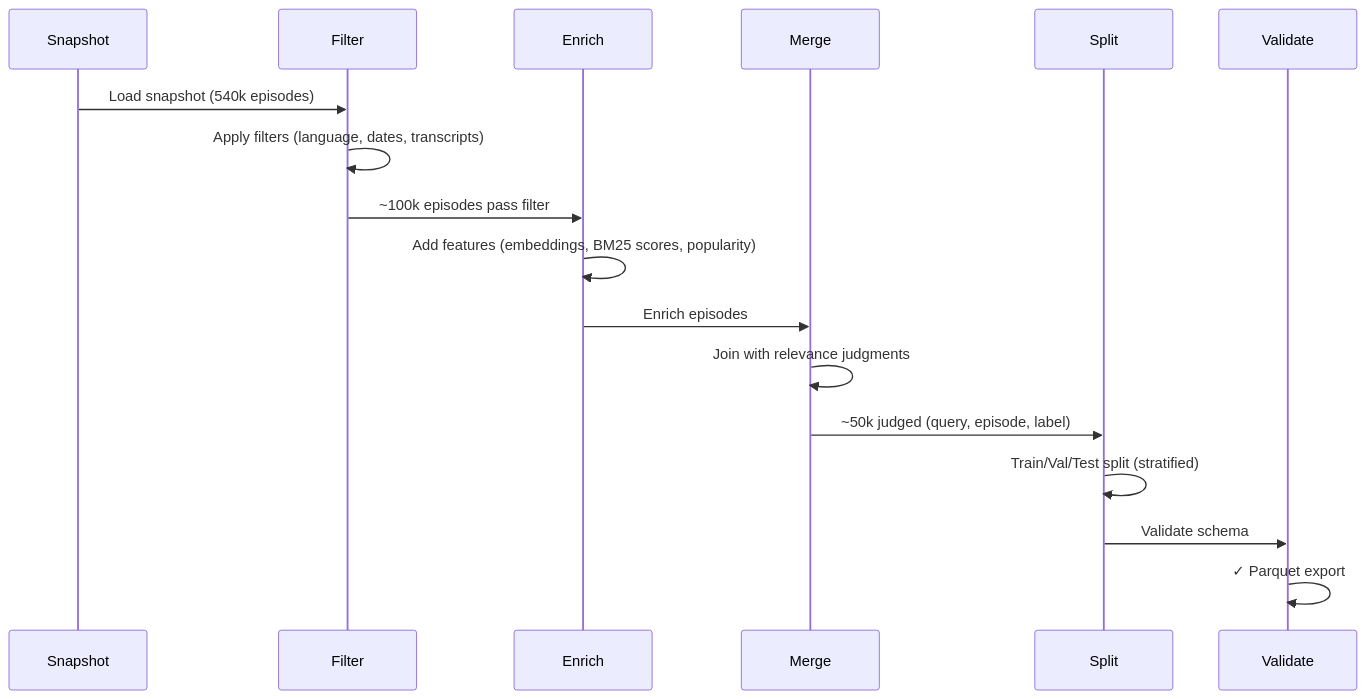
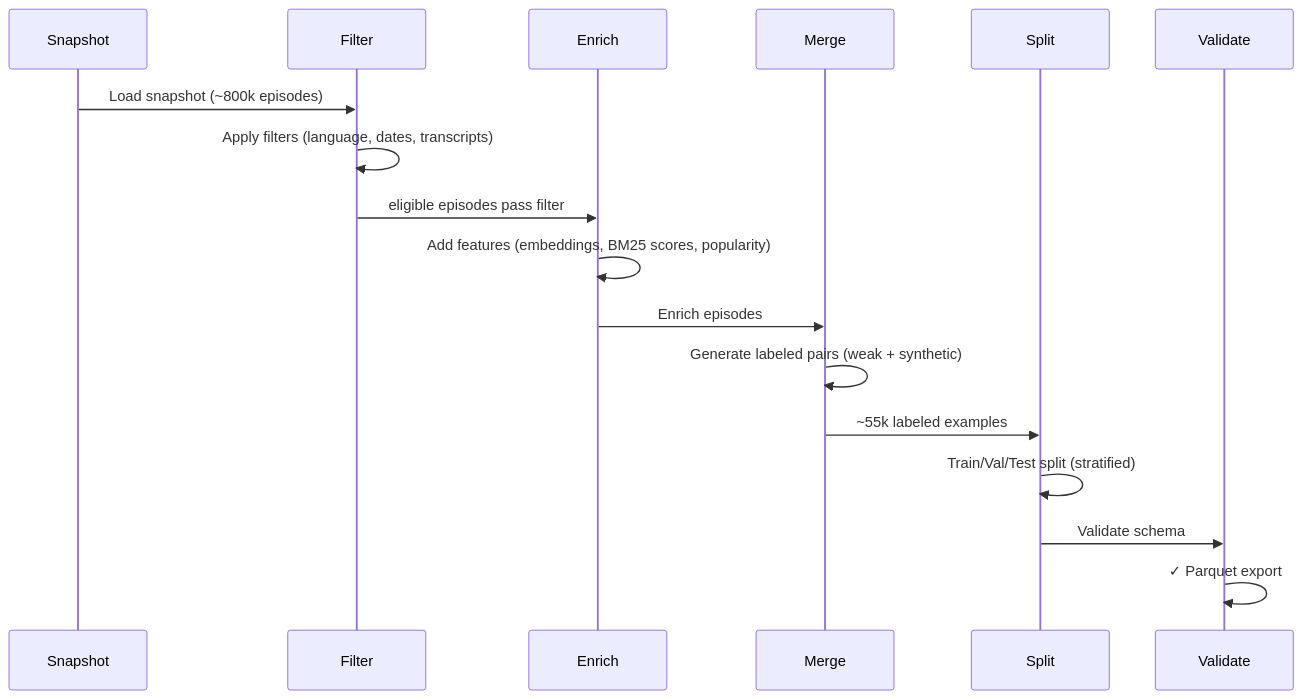
The second of 4 diagrams in docs/03-data-pipeline.md (poornanat1/podcast-retrieval), drawn with Mermaid before and after one commit. The commit also changed other lines of this file and 13 other files, not shown here.

````diff
--- a/docs/03-data-pipeline.md
+++ b/docs/03-data-pipeline.md
@@ -52,20 +52,20 @@
 ```mermaid
 sequenceDiagram
     participant Snapshot
     participant Filter
     participant Enrich
     participant Merge
     participant Split
     participant Validate
 
-    Snapshot->>Filter: Load snapshot (540k episodes)
+    Snapshot->>Filter: Load snapshot (~800k episodes)
     Filter->>Filter: Apply filters (language, dates, transcripts)
-    Filter->>Enrich: ~100k episodes pass filter
+    Filter->>Enrich: eligible episodes pass filter
     Enrich->>Enrich: Add features (embeddings, BM25 scores, popularity)
     Enrich->>Merge: Enrich episodes
-    Merge->>Merge: Join with relevance judgments
-    Merge->>Split: ~50k judged (query, episode, label)
+    Merge->>Merge: Generate labeled pairs (weak + synthetic)
+    Merge->>Split: ~55k labeled examples
     Split->>Split: Train/Val/Test split (stratified)
     Split->>Validate: Validate schema
     Validate->>Validate: ✓ Parquet export
 ```
````
